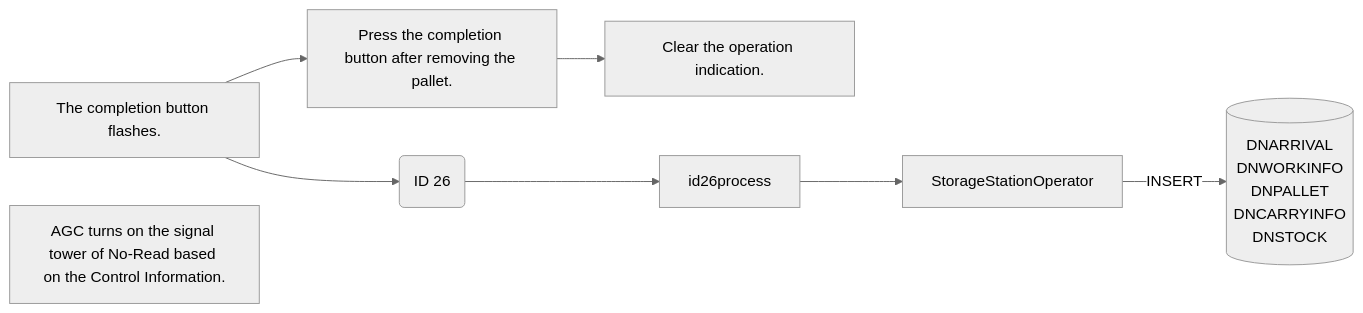
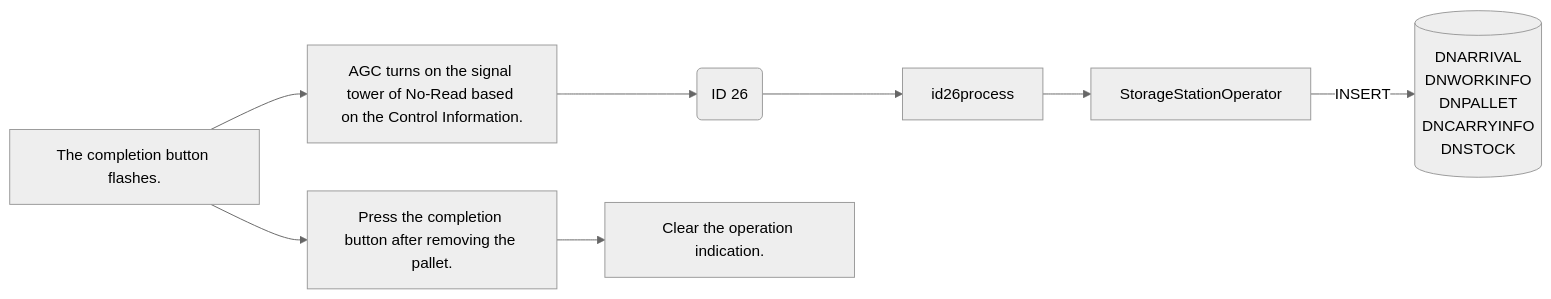
The tenth of 10 diagrams in Basic-Design/DFD-WMS/Storage/Palletizing-Settting/Irregular-Cases.md (luthfiadityaa/SimeDarby-Wiki), drawn with Mermaid (neutral theme) before and after one commit.

Commit message:
Updated Irregular Cases

```diff
--- a/Basic-Design/DFD-WMS/Storage/Palletizing-Settting/Irregular-Cases.md
+++ b/Basic-Design/DFD-WMS/Storage/Palletizing-Settting/Irregular-Cases.md
@@ -428,37 +428,37 @@
 ::: mermaid
 flowchart LR
 
 releaseCommand["
 The completion button flashes.
 "]
 
 releaseCommand0["
 AGC turns on the signal tower of No-Read based on the Control Information. 
 "]
 
 id26msg("
 ID 26
 ")
 
 id26-insert[("
    DNARRIVAL
    DNWORKINFO
    DNPALLET
    DNCARRYINFO
    DNSTOCK		
 ")]
 
 storageStationOperator[StorageStationOperator]
 
 releaseCommand2["
 Press the completion button after removing the pallet.
 "]
 
 releaseCommand3["
 Clear the operation indication. 
 "]
 
 releaseCommand-->releaseCommand2-->releaseCommand3
-releaseCommand-->id26msg-->id26process-->storageStationOperator
+releaseCommand-->releaseCommand0-->id26msg-->id26process-->storageStationOperator
 storageStationOperator--> |INSERT| id26-insert
 :::
```
